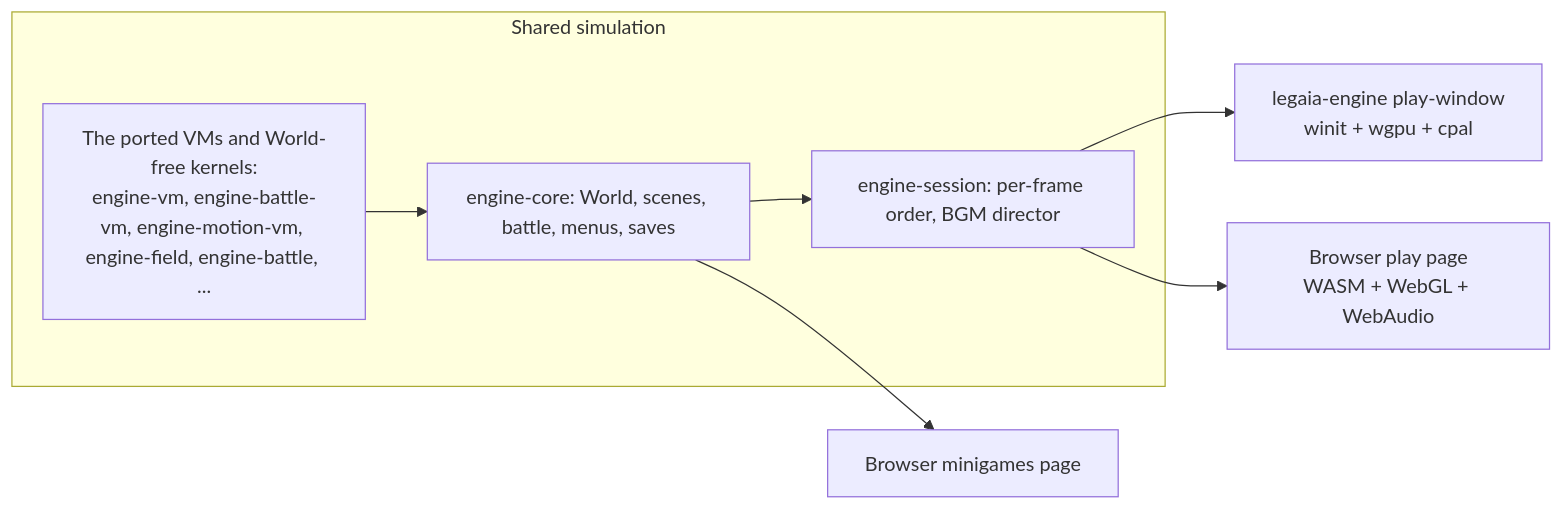
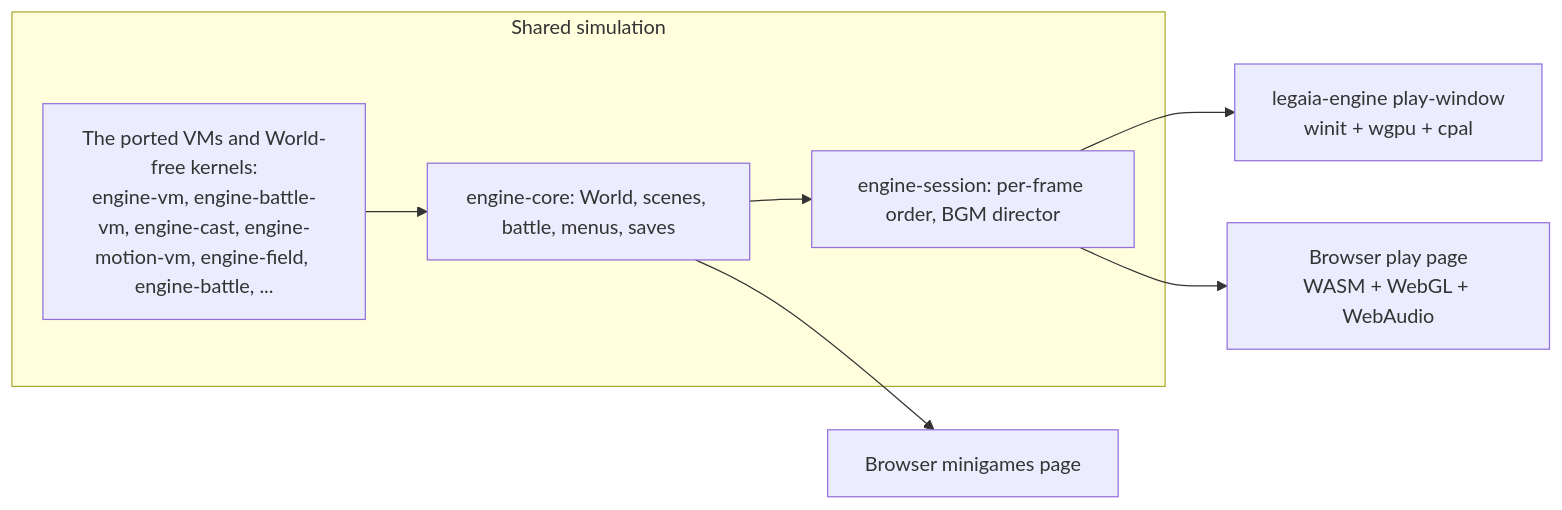
The second of 2 diagrams in README.md (AndrewAltimit/legend-of-legaia-re), drawn with Mermaid before and after one commit. The commit also changed other lines of this file and 480 other files, not shown here.

First line of the commit message:
Gap wave 6: unseeded run reaches the credits (35/35), BIOS rand stream, engine-cast crate, host parity (#529)

````diff
--- a/README.md
+++ b/README.md
@@ -54,12 +54,12 @@
 ```mermaid
 flowchart LR
     subgraph sim["Shared simulation"]
-        vm["The ported VMs and World-free kernels:<br/>engine-vm, engine-battle-vm, engine-motion-vm, engine-field, engine-battle, ..."]
+        vm["The ported VMs and World-free kernels:<br/>engine-vm, engine-battle-vm, engine-cast, engine-motion-vm, engine-field, engine-battle, ..."]
         core["engine-core: World, scenes, battle, menus, saves"]
         session["engine-session: per-frame order, BGM director"]
         vm --> core --> session
     end
     session --> native["legaia-engine play-window<br/>winit + wgpu + cpal"]
     session --> web["Browser play page<br/>WASM + WebGL + WebAudio"]
     core --> mini["Browser minigames page"]
 ```
````
